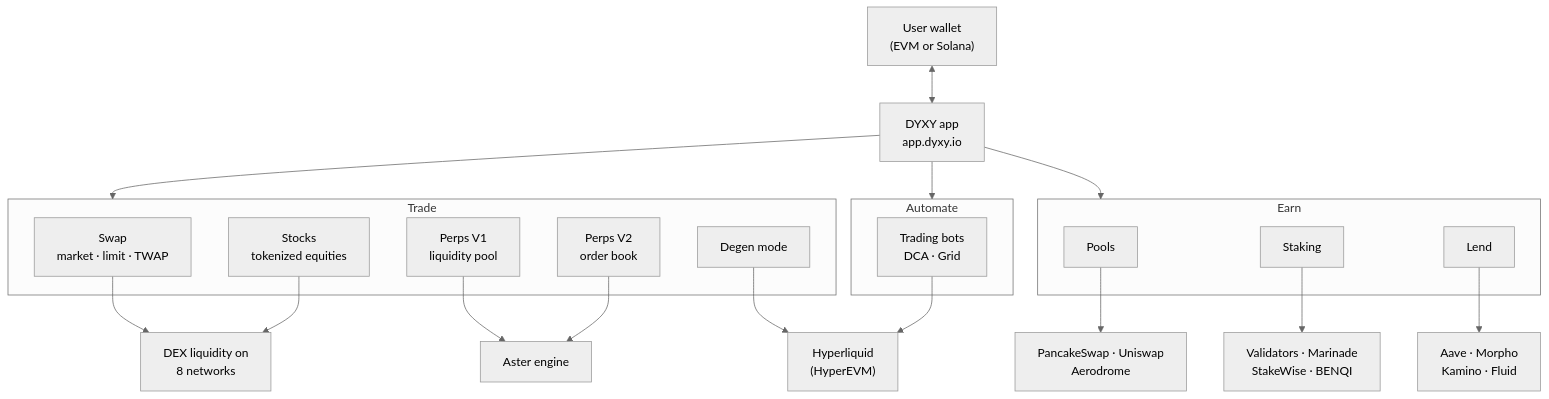
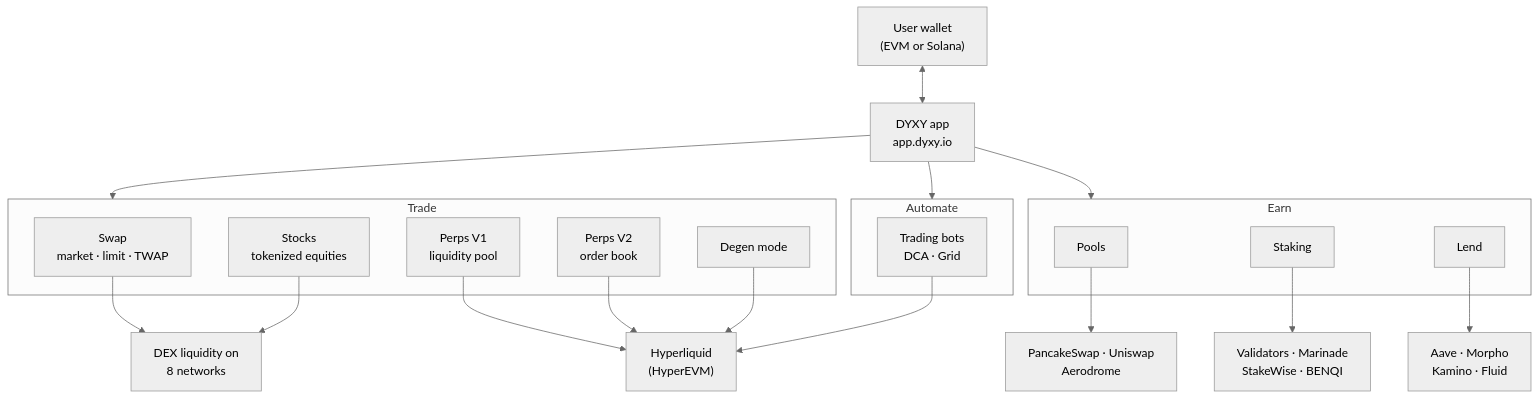
One commit to dyxy-io/architecture changed the first of 3 diagrams in README.md. Above: the diagram before and after it, drawn with Mermaid (neutral theme). The commit also changed other lines of this file, not shown here.

````diff
--- a/README.md
+++ b/README.md
@@ -21,39 +24,39 @@
 ```mermaid
 flowchart TB
     U["User wallet<br/>(EVM or Solana)"]
     APP["DYXY app<br/>app.dyxy.io"]
 
     U <--> APP
 
     subgraph TRADE["Trade"]
         SW["Swap<br/>market · limit · TWAP"]
         ST["Stocks<br/>tokenized equities"]
         PV1["Perps V1<br/>liquidity pool"]
         PV2["Perps V2<br/>order book"]
         DG["Degen mode"]
     end
 
     subgraph AUTO["Automate"]
         BOT["Trading bots<br/>DCA · Grid"]
     end
 
     subgraph EARN["Earn"]
         PL["Pools"]
         SK["Staking"]
         LD["Lend"]
     end
 
     APP --> TRADE
     APP --> AUTO
     APP --> EARN
 
     SW --> DEX["DEX liquidity on<br/>8 networks"]
     ST --> DEX
-    PV1 --> ASTER["Aster engine"]
-    PV2 --> ASTER
+    PV1 --> HL
+    PV2 --> HL
     DG --> HL["Hyperliquid<br/>(HyperEVM)"]
     BOT --> HL
     PL --> AMM["PancakeSwap · Uniswap<br/>Aerodrome"]
     SK --> STK["Validators · Marinade<br/>StakeWise · BENQI"]
     LD --> LEND["Aave · Morpho<br/>Kamino · Fluid"]
 ```
````
